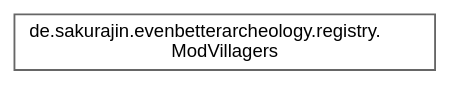
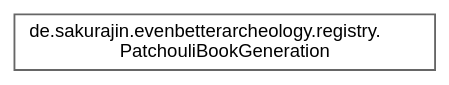
One commit to noah1510/EvenBetterArcheology changed the diagram in inherit_graph_26.dot. Above: the diagram before and after it, drawn with Graphviz. The commit also changed 146 other files, not shown here.

```diff
--- a/inherit_graph_26.dot
+++ b/inherit_graph_26.dot
@@ -1,9 +1,9 @@
 digraph "Graphical Class Hierarchy"
 {
  // LATEX_PDF_SIZE
   bgcolor="transparent";
   edge [fontname=Helvetica,fontsize=10,labelfontname=Helvetica,labelfontsize=10];
   node [fontname=Helvetica,fontsize=10,shape=box,height=0.2,width=0.4];
   rankdir="LR";
-  Node0 [label="de.sakurajin.evenbetterarcheology.registry.\lModVillagers",height=0.2,width=0.4,color="grey40", fillcolor="white", style="filled",URL="$classde_1_1sakurajin_1_1evenbetterarcheology_1_1registry_1_1ModVillagers.html",tooltip=" "];
+  Node0 [label="de.sakurajin.evenbetterarcheology.registry.\lPatchouliBookGeneration",height=0.2,width=0.4,color="grey40", fillcolor="white", style="filled",URL="$classde_1_1sakurajin_1_1evenbetterarcheology_1_1registry_1_1PatchouliBookGeneration.html",tooltip=" "];
 }
```
